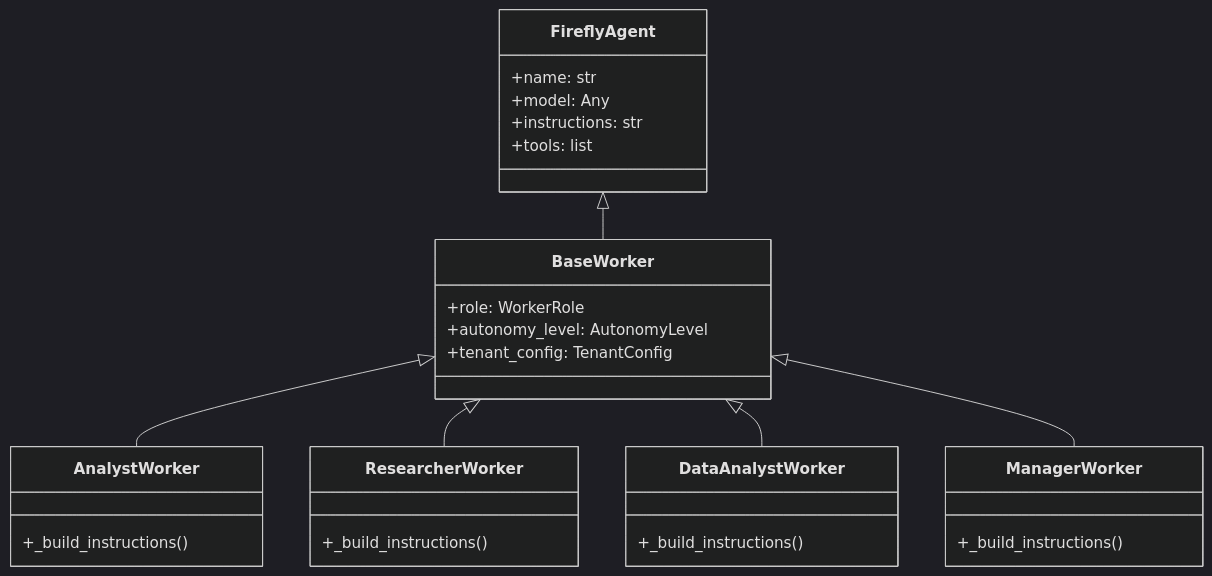
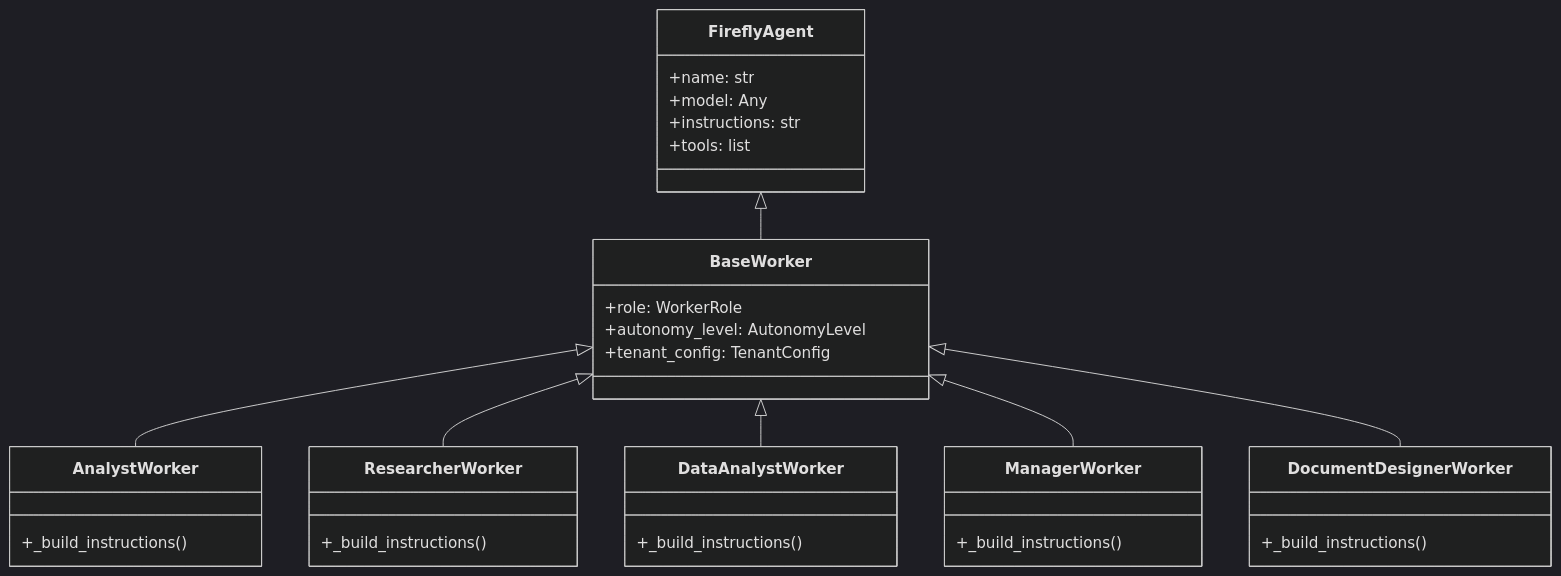
The diagram in docs/workers/overview.md (fireflyresearch/firefly-dworkers), drawn with Mermaid (dark theme) before and after one commit. The commit also changed other lines of this file and 16 other files, not shown here.

````diff
--- a/docs/workers/overview.md
+++ b/docs/workers/overview.md
@@ -41,37 +41,42 @@
 ```mermaid
 classDiagram
     class FireflyAgent {
         +name: str
         +model: Any
         +instructions: str
         +tools: list
     }
 
     class BaseWorker {
         +role: WorkerRole
         +autonomy_level: AutonomyLevel
         +tenant_config: TenantConfig
     }
 
     class AnalystWorker {
         +_build_instructions()
     }
 
     class ResearcherWorker {
         +_build_instructions()
     }
 
     class DataAnalystWorker {
         +_build_instructions()
     }
 
     class ManagerWorker {
         +_build_instructions()
     }
 
+    class DocumentDesignerWorker {
+        +_build_instructions()
+    }
+
     FireflyAgent <|-- BaseWorker
     BaseWorker <|-- AnalystWorker
     BaseWorker <|-- ResearcherWorker
     BaseWorker <|-- DataAnalystWorker
     BaseWorker <|-- ManagerWorker
+    BaseWorker <|-- DocumentDesignerWorker
 ```
````
